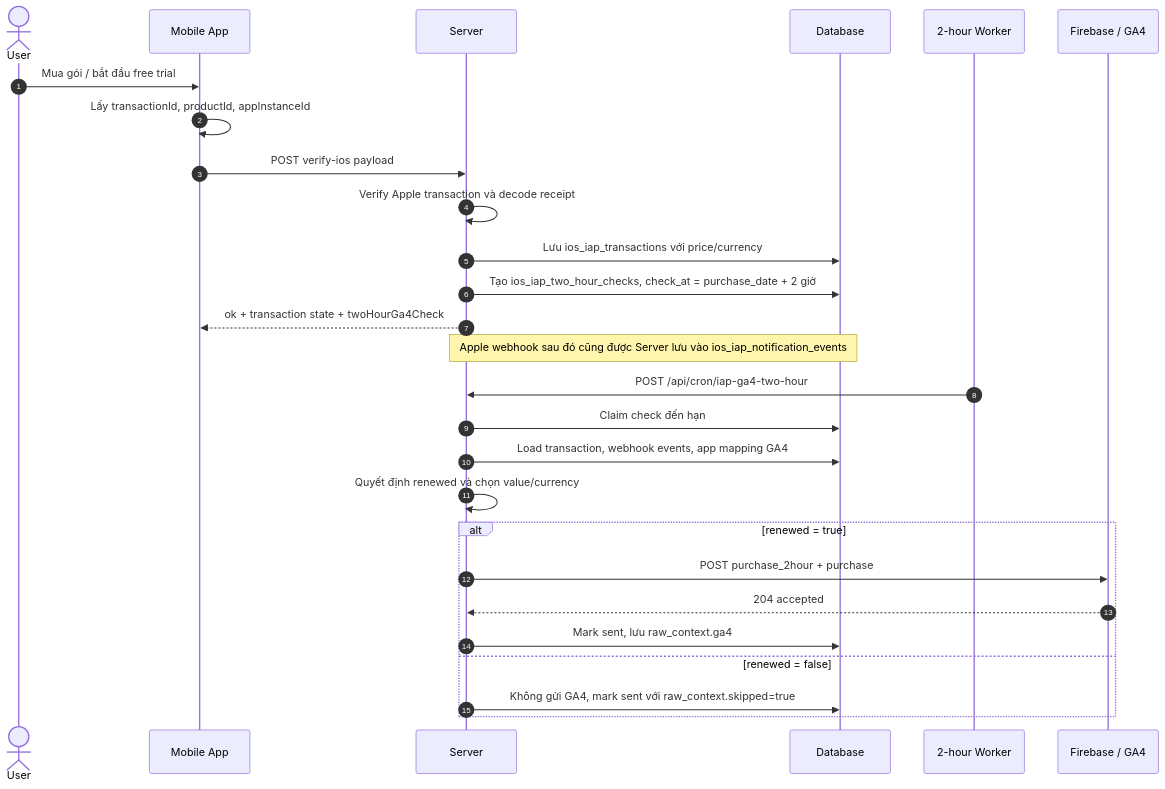
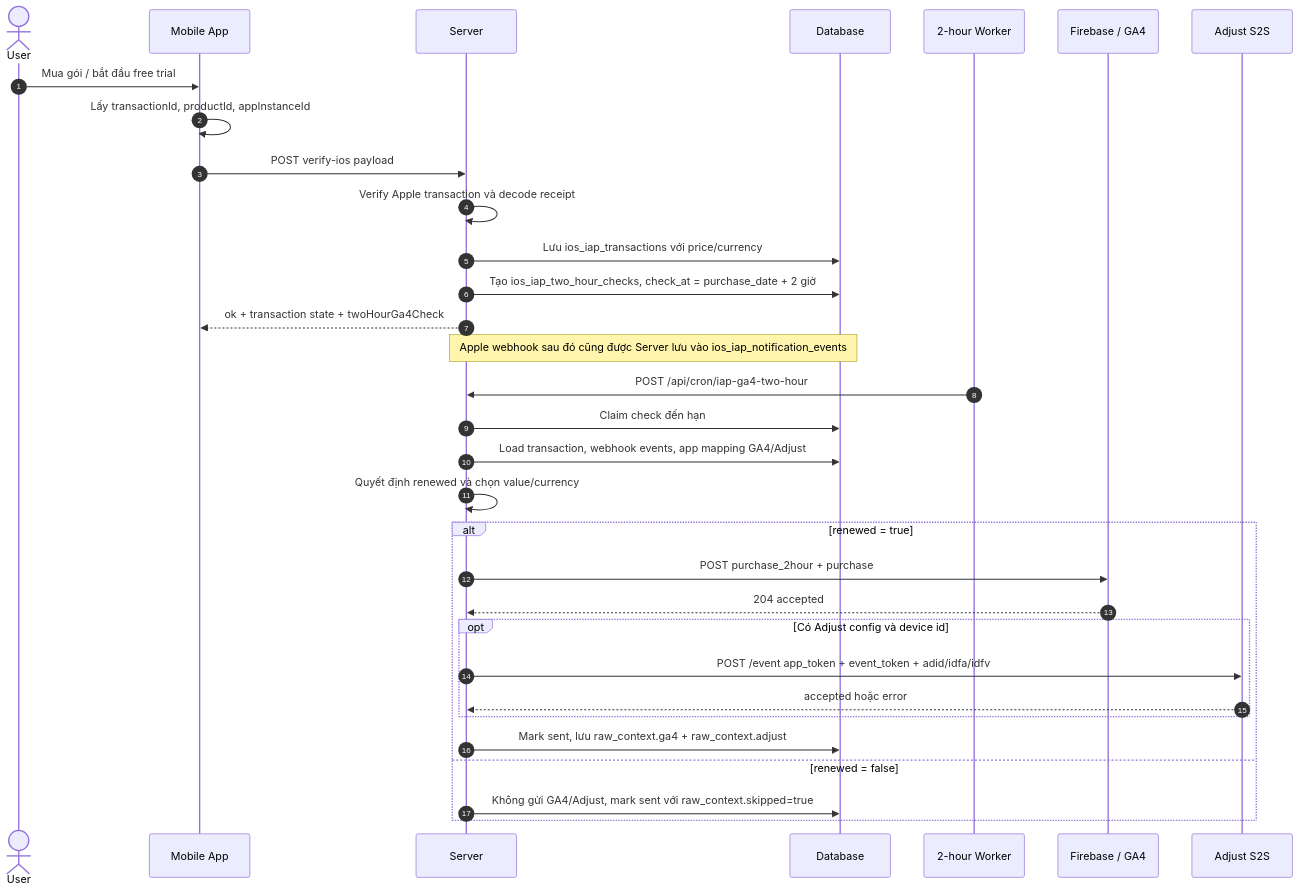
The diagram in docs/ios-iap-two-hour-ga4-flow.md (Limgrow-Server/System-tracking-Fox-Limgrow), drawn with Mermaid before and after one commit. The commit also changed other lines of this file and 19 other files, not shown here.

Commit message:
feat(iap): config push event adjust

````diff
--- a/docs/ios-iap-two-hour-ga4-flow.md
+++ b/docs/ios-iap-two-hour-ga4-flow.md
@@ -17,32 +18,37 @@
 ```mermaid
 sequenceDiagram
   autonumber
   actor User as User
   participant Mobile as Mobile App
   participant Server as Server
   participant DB as Database
   participant Worker as 2-hour Worker
   participant Firebase as Firebase / GA4
+  participant Adjust as Adjust S2S
 
   User->>Mobile: Mua gói / bắt đầu free trial
   Mobile->>Mobile: Lấy transactionId, productId, appInstanceId
   Mobile->>Server: POST verify-ios payload
   Server->>Server: Verify Apple transaction và decode receipt
   Server->>DB: Lưu ios_iap_transactions với price/currency
   Server->>DB: Tạo ios_iap_two_hour_checks, check_at = purchase_date + 2 giờ
   Server-->>Mobile: ok + transaction state + twoHourGa4Check
 
   Note over Server,DB: Apple webhook sau đó cũng được Server lưu vào ios_iap_notification_events
 
   Worker->>Server: POST /api/cron/iap-ga4-two-hour
   Server->>DB: Claim check đến hạn
-  Server->>DB: Load transaction, webhook events, app mapping GA4
+  Server->>DB: Load transaction, webhook events, app mapping GA4/Adjust
   Server->>Server: Quyết định renewed và chọn value/currency
   alt renewed = true
     Server->>Firebase: POST purchase_2hour + purchase
     Firebase-->>Server: 204 accepted
-    Server->>DB: Mark sent, lưu raw_context.ga4
+    opt Có Adjust config và device id
+      Server->>Adjust: POST /event app_token + event_token + adid/idfa/idfv
+      Adjust-->>Server: accepted hoặc error
+    end
+    Server->>DB: Mark sent, lưu raw_context.ga4 + raw_context.adjust
   else renewed = false
-    Server->>DB: Không gửi GA4, mark sent với raw_context.skipped=true
+    Server->>DB: Không gửi GA4/Adjust, mark sent với raw_context.skipped=true
   end
 ```
````
